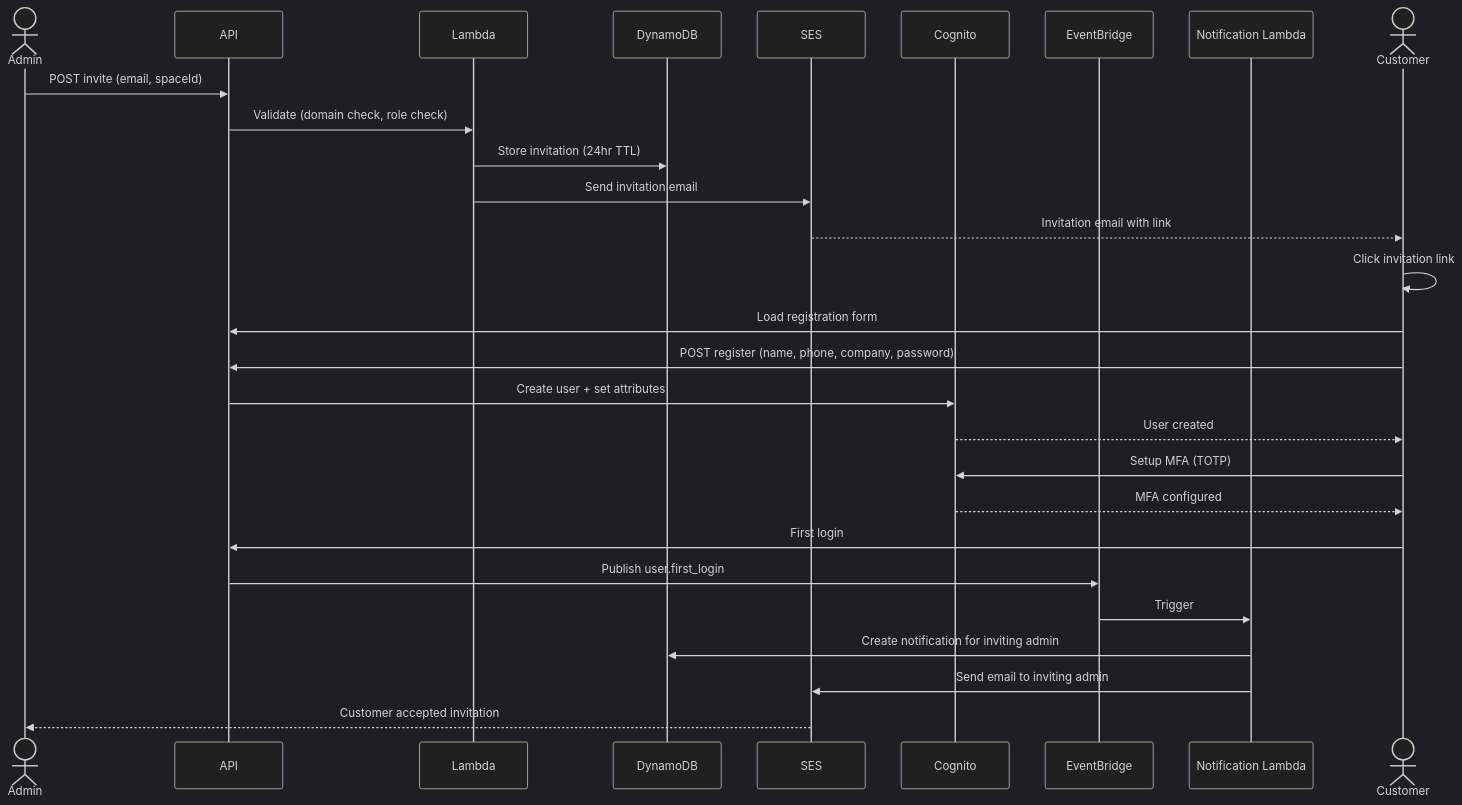
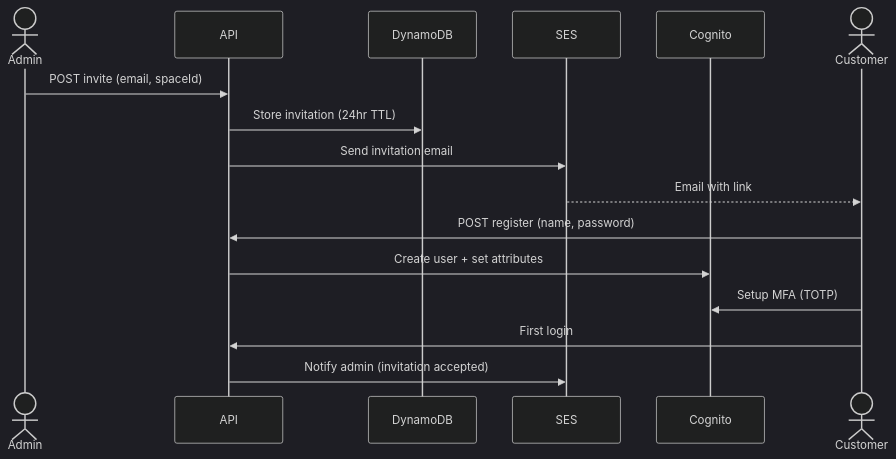
Before and after one commit to shanakaj/ReportsPortal: diagram 15 of 15 in README.md, drawn with Mermaid (dark theme). The commit also changed other lines of this file and 1 other file, not shown here.

First line of the commit message:
Consolidate README with Mermaid diagrams and add token refresh tests

````diff
--- a/README.md
+++ b/README.md
@@ -248,34 +617,20 @@
 ```mermaid
 sequenceDiagram
     actor Admin
     participant API
-    participant Lambda
     participant DynamoDB
     participant SES
     participant Cognito
-    participant EventBridge
-    participant NotificationLambda as Notification Lambda
     actor Customer
 
     Admin->>API: POST invite (email, spaceId)
-    API->>Lambda: Validate (domain check, role check)
-    Lambda->>DynamoDB: Store invitation (24hr TTL)
-    Lambda->>SES: Send invitation email
-    SES-->>Customer: Invitation email with link
+    API->>DynamoDB: Store invitation (24hr TTL)
+    API->>SES: Send invitation email
+    SES-->>Customer: Email with link
 
-    Customer->>Customer: Click invitation link
-    Customer->>API: Load registration form
-    Customer->>API: POST register (name, phone, company, password)
+    Customer->>API: POST register (name, password)
     API->>Cognito: Create user + set attributes
-    Cognito-->>Customer: User created
-
     Customer->>Cognito: Setup MFA (TOTP)
-    Cognito-->>Customer: MFA configured
-
     Customer->>API: First login
-    API->>EventBridge: Publish user.first_login
-    EventBridge->>NotificationLambda: Trigger
-    NotificationLambda->>DynamoDB: Create notification for inviting admin
-    NotificationLambda->>SES: Send email to inviting admin
-    SES-->>Admin: Customer accepted invitation
+    API->>SES: Notify admin (invitation accepted)
 ```
````
